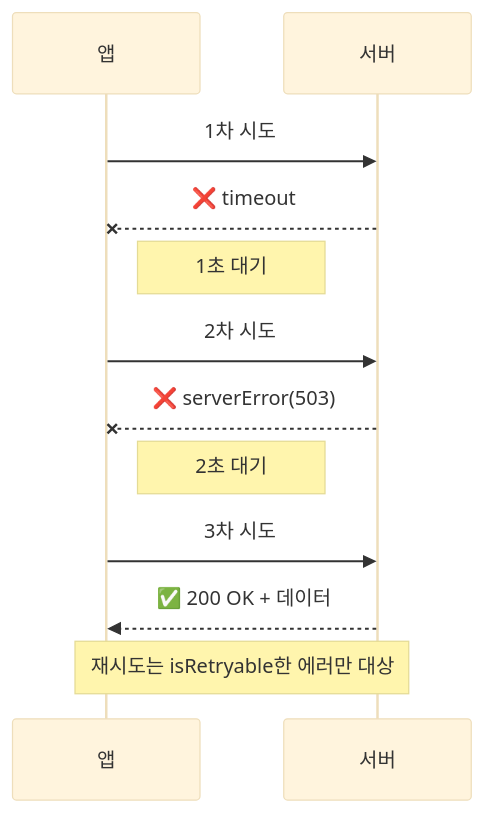
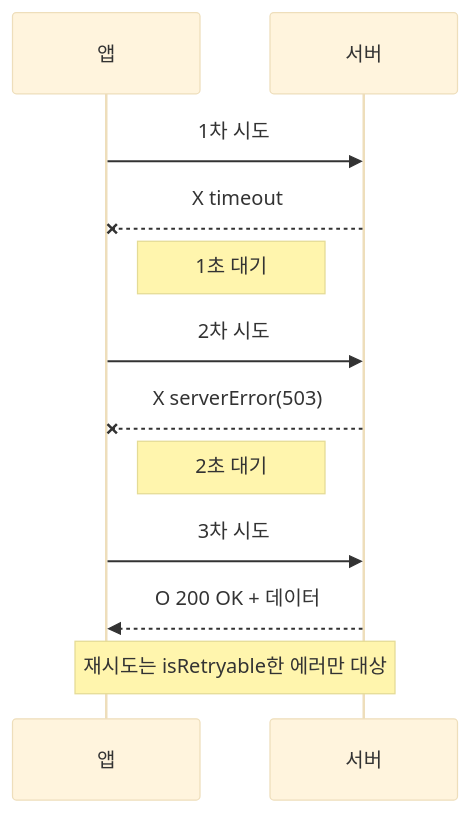
One commit to jsonpassion/forge-tutorial-swift changed the third of 4 diagrams in 07-networking/04-error-handling.md. Above: the diagram before and after it, drawn with Mermaid (base theme). The commit also changed other lines of this file and 69 other files, not shown here.

````diff
--- a/07-networking/04-error-handling.md
+++ b/07-networking/04-error-handling.md
@@ -337,14 +337,14 @@
 ```mermaid
 sequenceDiagram
     participant App as 앱
     participant Server as 서버
     App->>Server: 1차 시도
-    Server--xApp: ❌ timeout
+    Server--xApp: X timeout
     Note right of App: 1초 대기
     App->>Server: 2차 시도
-    Server--xApp: ❌ serverError(503)
+    Server--xApp: X serverError(503)
     Note right of App: 2초 대기
     App->>Server: 3차 시도
-    Server-->>App: ✅ 200 OK + 데이터
+    Server-->>App: O 200 OK + 데이터
     Note over App,Server: 재시도는 isRetryable한 에러만 대상
 ```
````
